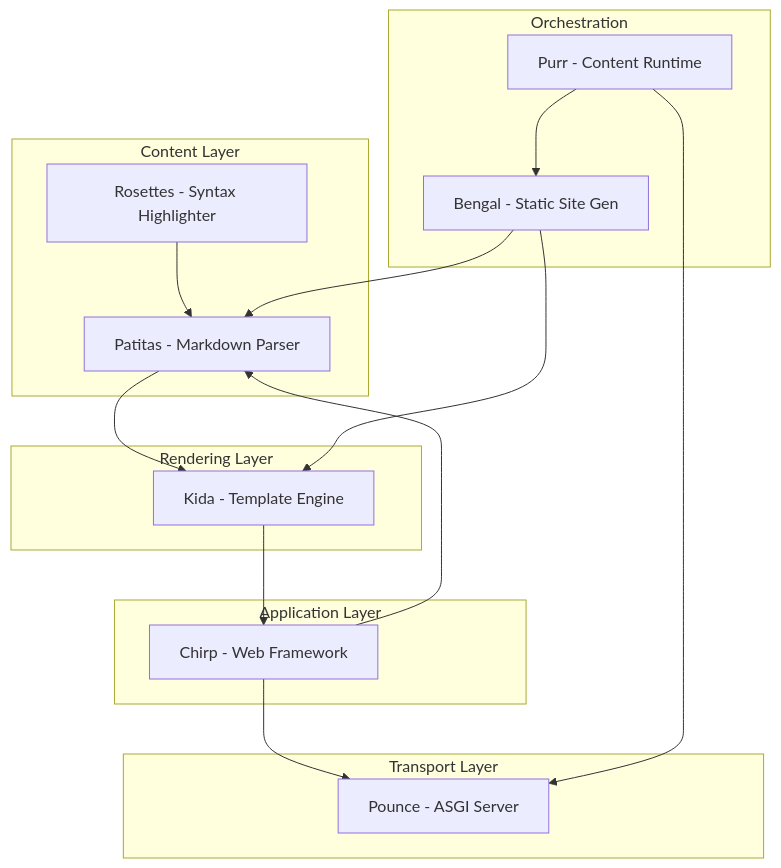
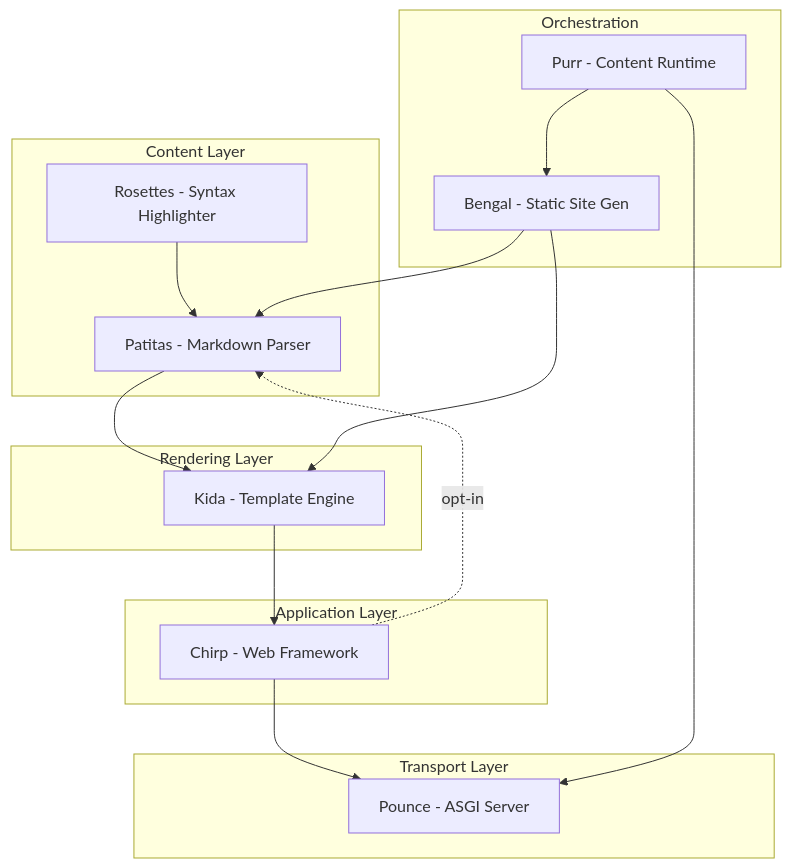
Before and after one commit to lbliii/chirp: the diagram in site/content/docs/about/ecosystem.md, drawn with Mermaid. The commit also changed other lines of this file and 91 other files, not shown here.

````diff
--- a/site/content/docs/about/ecosystem.md
+++ b/site/content/docs/about/ecosystem.md
@@ -19,34 +92,34 @@
 ```mermaid
 flowchart TB
     subgraph contentLayer [Content Layer]
         Patitas[Patitas - Markdown Parser]
         Rosettes[Rosettes - Syntax Highlighter]
     end
 
     subgraph renderLayer [Rendering Layer]
         Kida[Kida - Template Engine]
     end
 
     subgraph appLayer [Application Layer]
         Chirp[Chirp - Web Framework]
     end
 
     subgraph transportLayer [Transport Layer]
         Pounce[Pounce - ASGI Server]
     end
 
     subgraph orchestrationLayer [Orchestration]
         Bengal[Bengal - Static Site Gen]
         Purr[Purr - Content Runtime]
     end
 
     Rosettes --> Patitas
     Patitas --> Kida
     Kida --> Chirp
     Chirp --> Pounce
-    Chirp --> Patitas
+    Chirp -.opt-in.-> Patitas
     Bengal --> Patitas
     Bengal --> Kida
     Purr --> Pounce
     Purr --> Bengal
 ```
````
